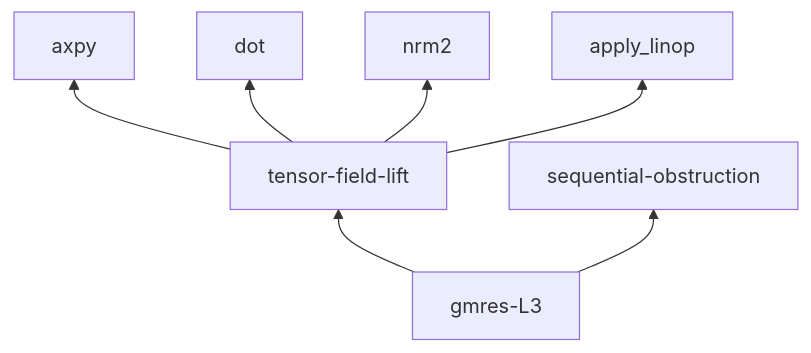
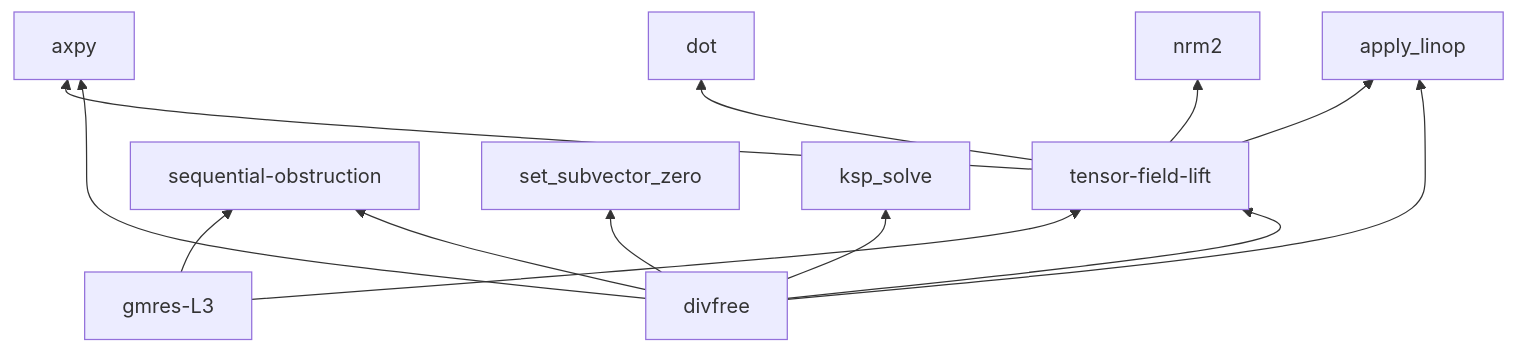
The fourth of 5 diagrams in book/src/concepts/dependency-map.md (crutcher/palace_whiteroom), drawn with Mermaid before and after one commit. The commit also changed 7 other files, not shown here.

````diff
--- a/book/src/concepts/dependency-map.md
+++ b/book/src/concepts/dependency-map.md
@@ -104,9 +104,15 @@
 ```mermaid
 graph BT
   tensor-field-lift --> axpy
   tensor-field-lift --> dot
   tensor-field-lift --> nrm2
   tensor-field-lift --> apply_linop
   gmres-L3 --> tensor-field-lift
   gmres-L3 --> sequential-obstruction
+  divfree --> apply_linop
+  divfree --> set_subvector_zero
+  divfree --> ksp_solve
+  divfree --> axpy
+  divfree --> tensor-field-lift
+  divfree --> sequential-obstruction
 ```
````
